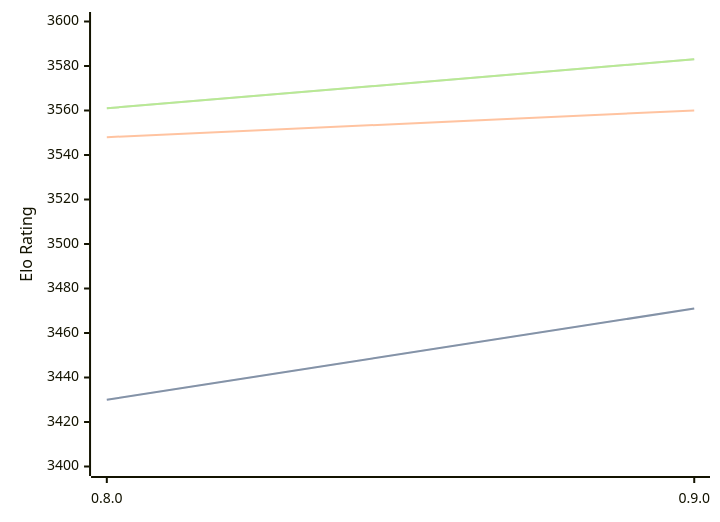
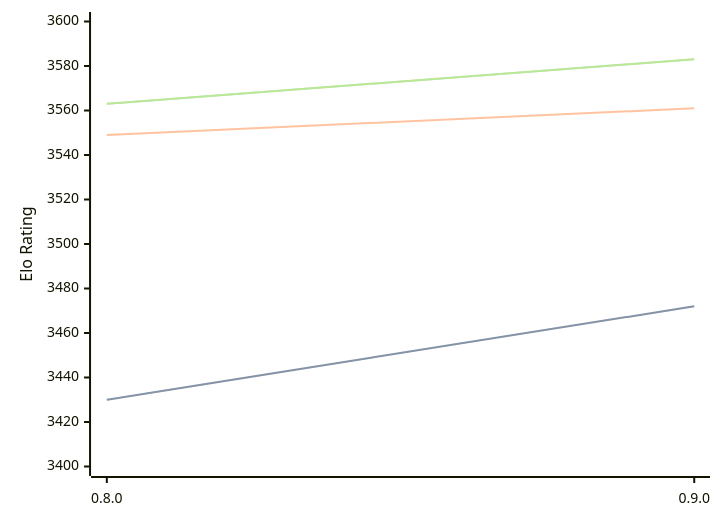
One commit to computer-chess-index/cci changed the diagram in engines/Reckless.md. Above: the diagram before and after it, drawn with Mermaid. The commit also changed other lines of this file, not shown here.

Commit message:
Update CCI Ratings (ELO VLTC) - 2026-08-05

````diff
--- a/engines/Reckless.md
+++ b/engines/Reckless.md
@@ -39,11 +39,11 @@
 ```mermaid
 %%{init: {"theme":"base","themeVariables":{"seriesColors:['#a3a3a3','#222221','#faa371']}}}%%
 xychart-beta
   x-axis ["0.8.0", "0.9.0"]
   y-axis "Elo Rating" 3400 --> 3600
-  line "STC (8.0+0.08s)" [3430, 3471]
-  line "STC (8.0+0.08s)" [3430, 3471]
-  line "LTC (60.0+0.60s)" [3548, 3560]
-  line "VLTC (2m24s+1.12s)" [3561, 3583]
-  line "VLTC (2m24s+1.12s)" [3561, 3583]
+  line "STC (8.0+0.08s)" [3430, 3472]
+  line "STC (8.0+0.08s)" [3430, 3472]
+  line "LTC (60.0+0.60s)" [3549, 3561]
+  line "VLTC (2m24s+1.12s)" [3563, 3583]
+  line "VLTC (2m24s+1.12s)" [3563, 3583]
 ```
````
